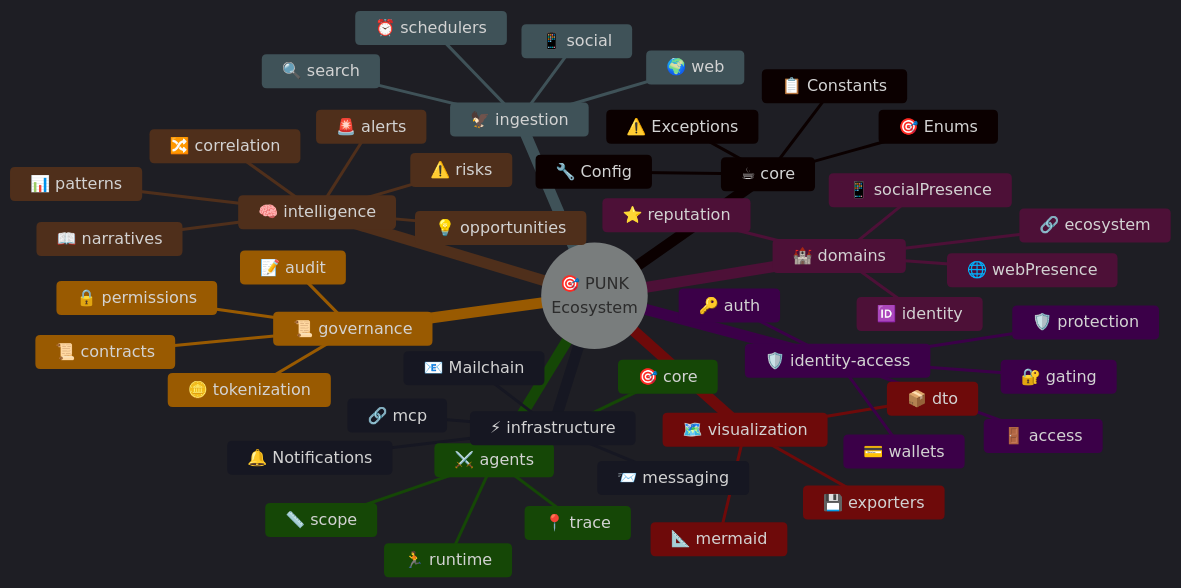
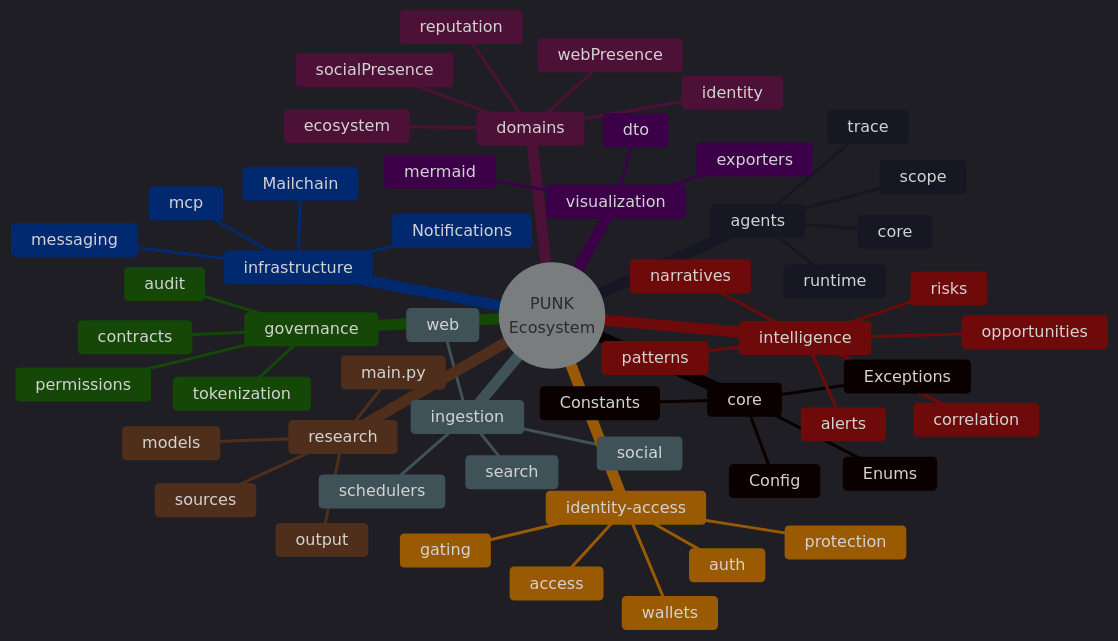
The fifth of 7 diagrams in docs/ECOSYSTEM-DIAGRAM.md (neomello/punk-ecosistemas-dados), drawn with Mermaid before and after one commit. The commit also changed other lines of this file and 14 other files, not shown here.

````diff
--- a/docs/ECOSYSTEM-DIAGRAM.md
+++ b/docs/ECOSYSTEM-DIAGRAM.md
@@ -204,54 +204,59 @@
 ```mermaid
 %%{init: {'theme': 'dark', 'themeVariables': { 'primaryColor': '#FF6B00', 'primaryTextColor': '#000', 'primaryBorderColor': '#000', 'noteBkgColor': '#1a1a1a', 'noteBorderColor': '#FF6B00'}}}%%
 
 mindmap
-    root((🎯 PUNK<br/>Ecosystem))
-        ☕ core
-            🔧 Config
-            📋 Constants
-            🎯 Enums
-            ⚠️ Exceptions
-        🏰 domains
-            🆔 identity
-            🌐 webPresence
-            📱 socialPresence
-            ⭐ reputation
-            🔗 ecosystem
-        🦅 ingestion
-            🔍 search
-            📱 social
-            🌍 web
-            ⏰ schedulers
-        🧠 intelligence
-            🔀 correlation
-            📊 patterns
-            🚨 alerts
-            💡 opportunities
-            ⚠️ risks
-            📖 narratives
-        🗺️ visualization
-            📐 mermaid
-            📦 dto
-            💾 exporters
-        🛡️ identity-access
-            🔑 auth
-            💳 wallets
-            🚪 access
-            🔐 gating
-            🛡️ protection
-        📜 governance
-            📝 audit
-            🔒 permissions
-            🪙 tokenization
-            📜 contracts
-        ⚔️ agents
-            🎯 core
-            🏃 runtime
-            📍 trace
-            📏 scope
-        ⚡ infrastructure
-            🔗 mcp
-            📨 messaging
-            📧 Mailchain
-            🔔 Notifications
+    root((PUNK<br/>Ecosystem))
+        core
+            Config
+            Constants
+            Enums
+            Exceptions
+        domains
+            identity
+            webPresence
+            socialPresence
+            reputation
+            ecosystem
+        ingestion
+            search
+            social
+            web
+            schedulers
+        research
+            main.py
+            sources
+            models
+            output
+        intelligence
+            correlation
+            patterns
+            alerts
+            opportunities
+            risks
+            narratives
+        visualization
+            mermaid
+            dto
+            exporters
+        identity-access
+            auth
+            wallets
+            access
+            gating
+            protection
+        governance
+            audit
+            permissions
+            tokenization
+            contracts
+        agents
+            core
+            runtime
+            trace
+            scope
+        infrastructure
+            mcp
+            messaging
+            Mailchain
+            Notifications
 ```
````
